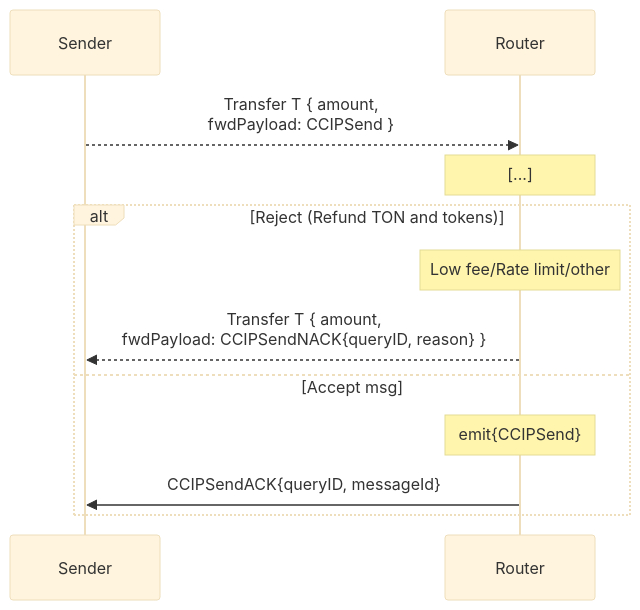
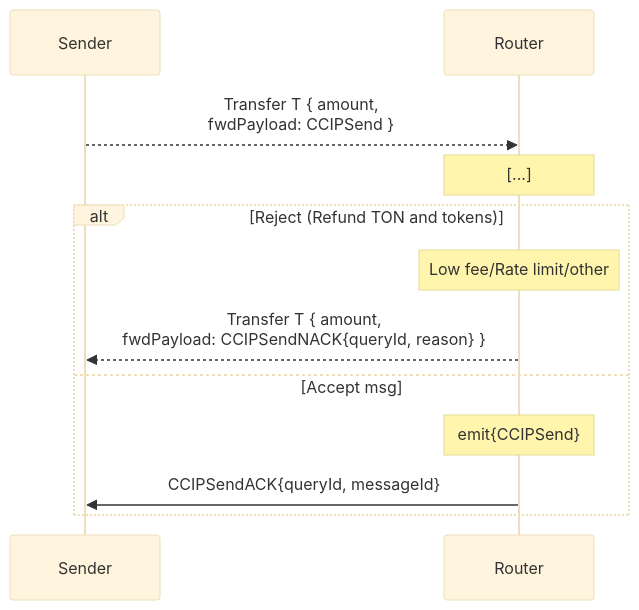
Before and after one commit to smartcontractkit/chainlink-ton: the third of 3 diagrams in docs/contracts/overview/ccip/router/user-interface/sender.md, drawn with Mermaid (base theme). The commit also changed other lines of this file and 132 other files, not shown here.

````diff
--- a/docs/contracts/overview/ccip/router/user-interface/sender.md
+++ b/docs/contracts/overview/ccip/router/user-interface/sender.md
@@ -77,17 +77,17 @@
 ```mermaid
 sequenceDiagram
     participant U as Sender
     participant R as Router
 
     U -->> R: Transfer T { amount,<br>fwdPayload: CCIPSend }
     
     Note over R: [...]
     alt Reject (Refund TON and tokens)
     Note over R: Low fee/Rate limit/other
-    R -->> U: Transfer T { amount,<br>fwdPayload: CCIPSendNACK{queryID, reason} }
+    R -->> U: Transfer T { amount,<br>fwdPayload: CCIPSendNACK{queryId, reason} }
   
     else Accept msg
     Note over R: emit{CCIPSend}
-    R ->> U: CCIPSendACK{queryID, messageId}
+    R ->> U: CCIPSendACK{queryId, messageId}
     end
 ```
````
